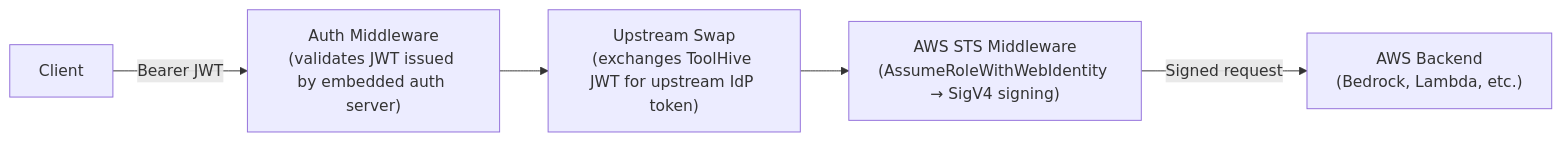
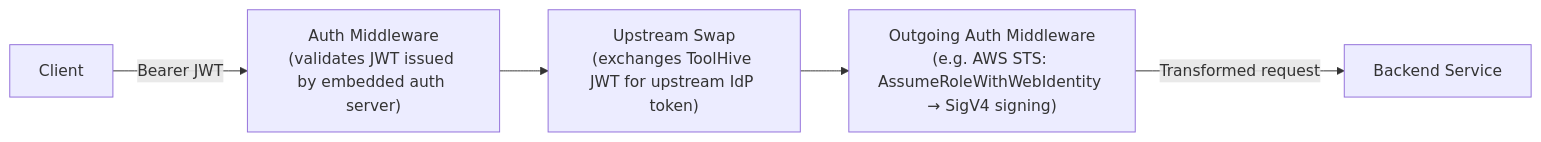
One commit to stacklok/toolhive-rfcs changed the diagram in rfcs/THV-0050-embedded-as-with-aws-sts.md. Above: the diagram before and after it, drawn with Mermaid. The commit also changed other lines of this file, not shown here.

````diff
--- a/rfcs/THV-0050-embedded-as-with-aws-sts.md
+++ b/rfcs/THV-0050-embedded-as-with-aws-sts.md
@@ -56,7 +61,7 @@
 ```mermaid
 flowchart LR
     Client -->|Bearer JWT| AuthMiddleware["Auth Middleware<br>(validates JWT issued by embedded auth server)"]
     AuthMiddleware --> UpstreamSwap["Upstream Swap<br>(exchanges ToolHive JWT for upstream IdP token)"]
-    UpstreamSwap --> STSMiddleware["AWS STS Middleware<br>(AssumeRoleWithWebIdentity → SigV4 signing)"]
-    STSMiddleware -->|Signed request| AWSBackend["AWS Backend<br>(Bedrock, Lambda, etc.)"]
+    UpstreamSwap --> OutgoingAuth["Outgoing Auth Middleware<br>(e.g. AWS STS: AssumeRoleWithWebIdentity → SigV4 signing)"]
+    OutgoingAuth -->|Transformed request| Backend["Backend Service"]
 ```
````
